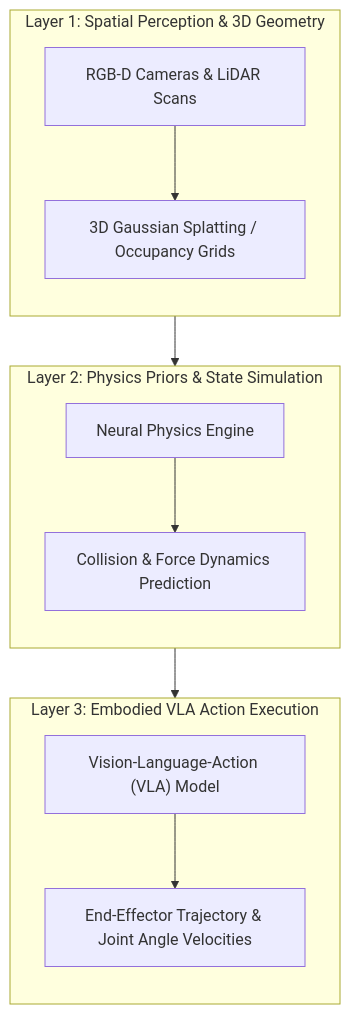
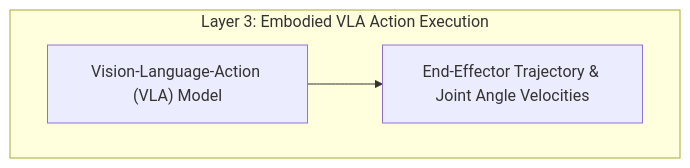
Before and after one commit to narenandu/narenvadapalli_dot_com: the fourth of 4 diagrams in contents/blog/0065-physical-ai-models-grounding-in-space-and-robotics/index.md, drawn with Mermaid. The commit also changed other lines of this file and 22 other files, not shown here.

Commit message:
fix(blog): resolve side-by-side Mermaid diagrams, KaTeX math formatting, and alert tags across all blogs

````diff
--- a/contents/blog/0065-physical-ai-models-grounding-in-space-and-robotics/index.md
+++ b/contents/blog/0065-physical-ai-models-grounding-in-space-and-robotics/index.md
@@ -69,16 +83,6 @@
 ```mermaid
 flowchart TD
-    subgraph Layer1["Layer 1: Spatial Perception & 3D Geometry"]
-        direction TB
-        A1["RGB-D Cameras & LiDAR Scans"] --> A2["3D Gaussian Splatting / Occupancy Grids"]
-    end
-    subgraph Layer2["Layer 2: Physics Priors & State Simulation"]
-        direction TB
-        B1["Neural Physics Engine"] --> B2["Collision & Force Dynamics Prediction"]
-    end
     subgraph Layer3["Layer 3: Embodied VLA Action Execution"]
-        direction TB
         C1["Vision-Language-Action (VLA) Model"] --> C2["End-Effector Trajectory & Joint Angle Velocities"]
     end
-    Layer1 --> Layer2 --> Layer3
 ```
````
